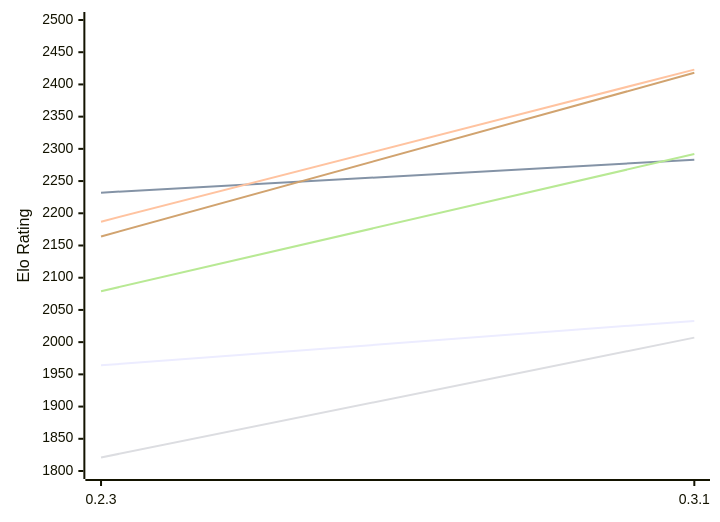
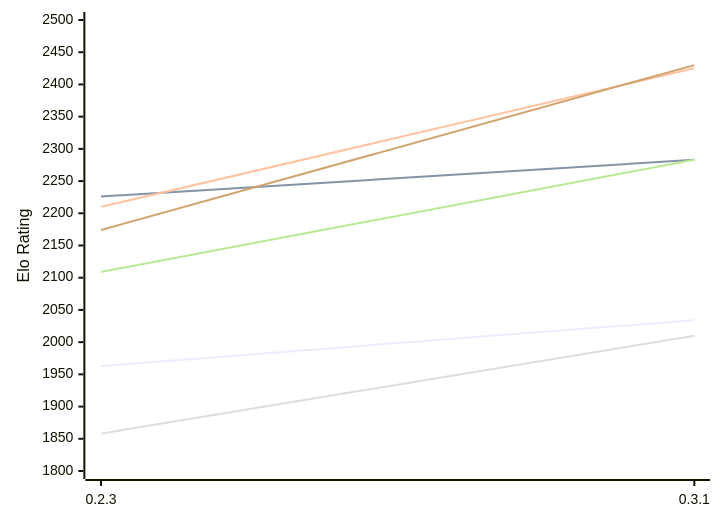
One commit to computer-chess-index/cci changed the first of 2 diagrams in engines/Lolbot.md. Above: the diagram before and after it, drawn with Mermaid. The commit also changed other lines of this file, not shown here.

Commit message:
Update CCI Ratings (ELO VLTC) - 2026-11-17

````diff
--- a/engines/Lolbot.md
+++ b/engines/Lolbot.md
@@ -53,12 +53,12 @@
 ```mermaid
 %%{init: {"theme":"base","themeVariables":{"seriesColors:['#a3a3a3','#222221','#faa371']}}}%%
 xychart-beta
   x-axis ["0.2.3", "0.3.1"]
   y-axis "Elo Rating" 1800 --> 2500
-  line "E1: STC (8.0+0.08s)" [1964, 2033]
-  line "E1: LTC (60.0+0.60s)" [2232, 2283]
-  line "E1: VLTC (2m24s+1.12s)" [2187, 2423]
-  line "P1: STC (8.0+0.08s)" [1821, 2007]
-  line "P1: LTC (60.0+0.60s)" [2079, 2292]
-  line "P1: VLTC (2m24s+1.12s)" [2164, 2418]
+  line "E1: STC (8.0+0.08s)" [1963, 2034]
+  line "E1: LTC (60.0+0.60s)" [2226, 2283]
+  line "E1: VLTC (2m24s+1.12s)" [2210, 2425]
+  line "P1: STC (8.0+0.08s)" [1858, 2010]
+  line "P1: LTC (60.0+0.60s)" [2109, 2283]
+  line "P1: VLTC (2m24s+1.12s)" [2174, 2430]
 ```
````
